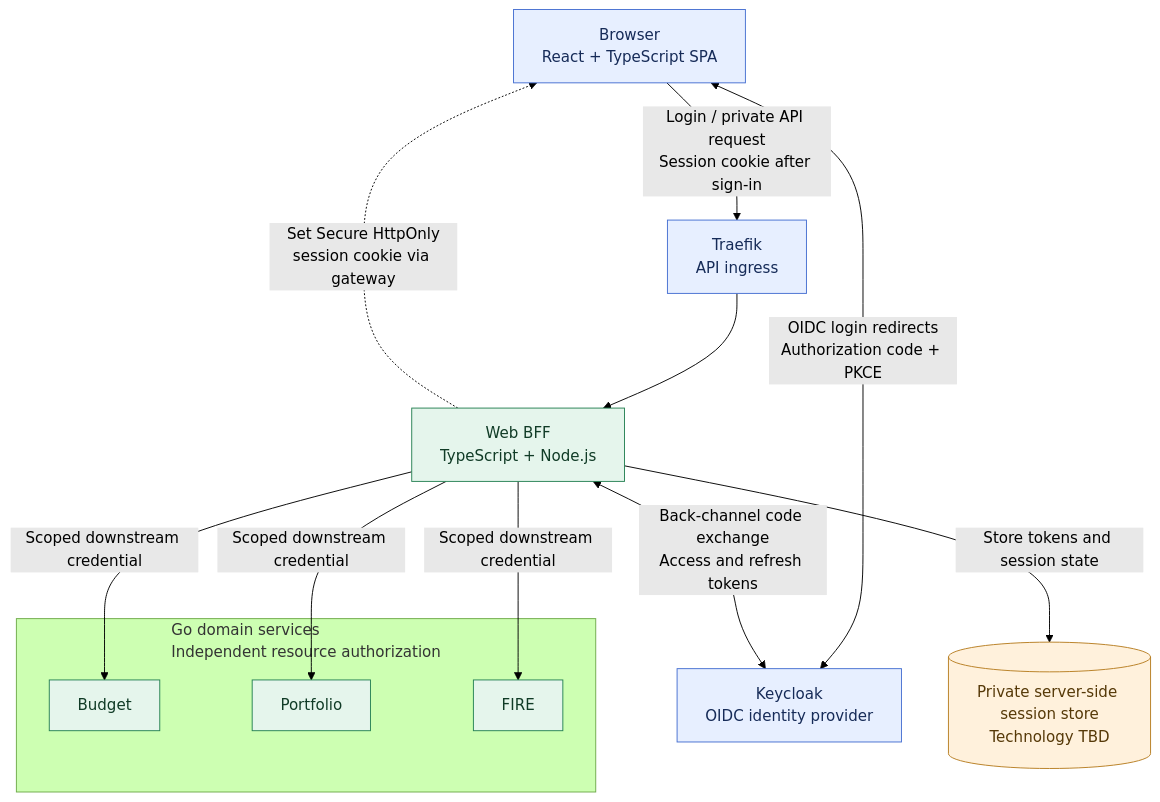
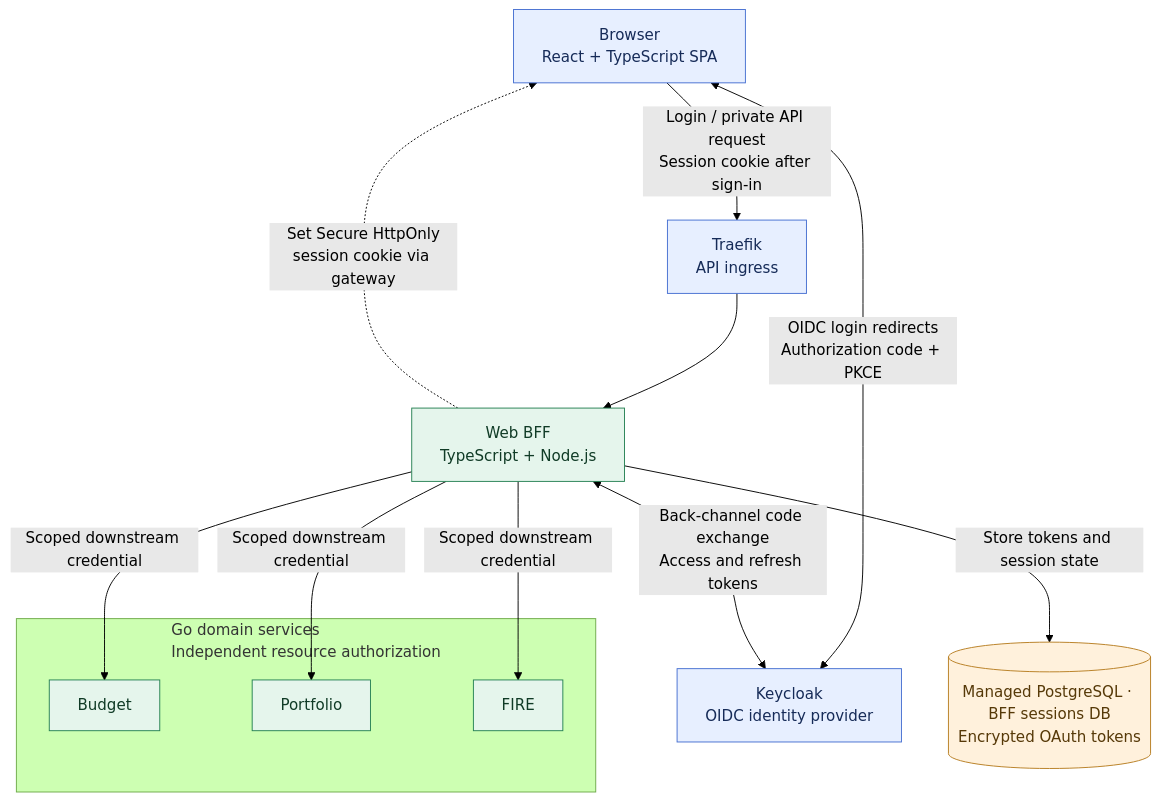
One commit to anton415/finance-lab changed the diagram in docs/architecture/decisions/0013-keycloak-bff-managed-browser-sessions.md. Above: the diagram before and after it, drawn with Mermaid (forest theme). The commit also changed other lines of this file and 8 other files, not shown here.

First line of the commit message:
docs(architecture): accept ADR-023 PostgreSQL BFF sessions

````diff
--- a/docs/architecture/decisions/0013-keycloak-bff-managed-browser-sessions.md
+++ b/docs/architecture/decisions/0013-keycloak-bff-managed-browser-sessions.md
@@ -26,31 +26,31 @@
 ```mermaid
 flowchart TD
     BROWSER["Browser<br/>React + TypeScript SPA"]
     G["Traefik<br/>API ingress"]
     BFF["Web BFF<br/>TypeScript + Node.js"]
     KEY["Keycloak<br/>OIDC identity provider"]
-    SESSION[("Private server-side session store<br/>Technology TBD")]
+    SESSION[("Managed PostgreSQL · BFF sessions DB<br/>Encrypted OAuth tokens")]
 
     subgraph DOMAIN["Go domain services<br/>Independent resource authorization"]
         B["Budget"]
         P["Portfolio"]
         F["FIRE"]
     end
 
     BROWSER -->|"Login / private API request<br/>Session cookie after sign-in"| G
     G --> BFF
     BROWSER <-->|"OIDC login redirects<br/>Authorization code + PKCE"| KEY
     BFF <-->|"Back-channel code exchange<br/>Access and refresh tokens"| KEY
     BFF -->|"Store tokens and session state"| SESSION
     BFF -.->|"Set Secure HttpOnly<br/>session cookie via gateway"| BROWSER
     BFF -->|"Scoped downstream credential"| B
     BFF -->|"Scoped downstream credential"| P
     BFF -->|"Scoped downstream credential"| F
 
     classDef edge fill:#E7EFFF,stroke:#466FD1,color:#162B58;
     classDef service fill:#E5F5EC,stroke:#278254,color:#103B26;
     classDef data fill:#FFF1DC,stroke:#B77D20,color:#563908;
     class BROWSER,G,KEY edge;
     class BFF,B,P,F service;
     class SESSION data;
 ```
````
